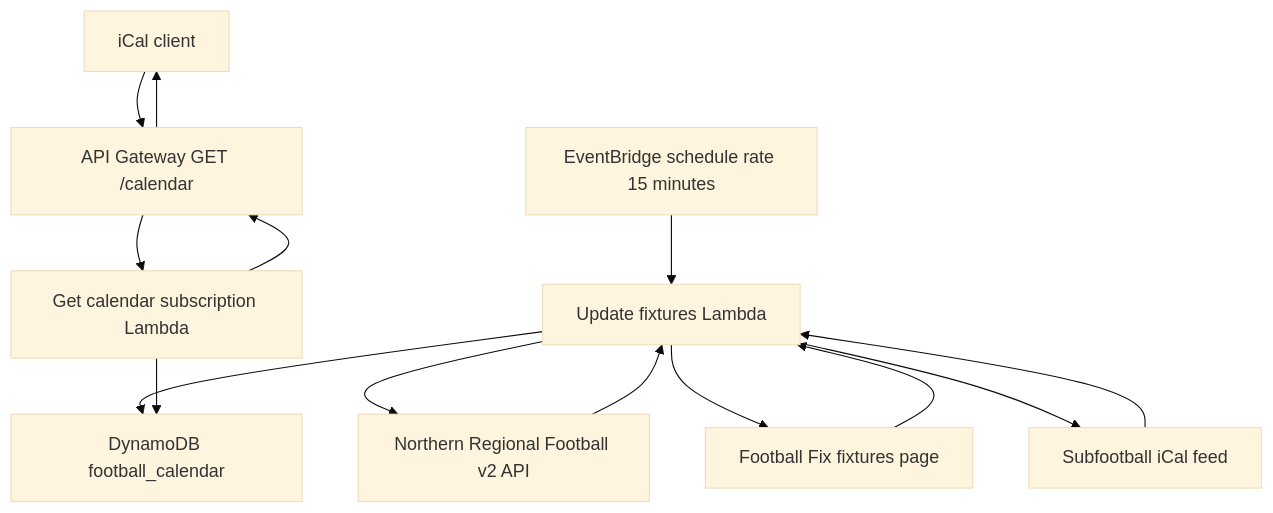
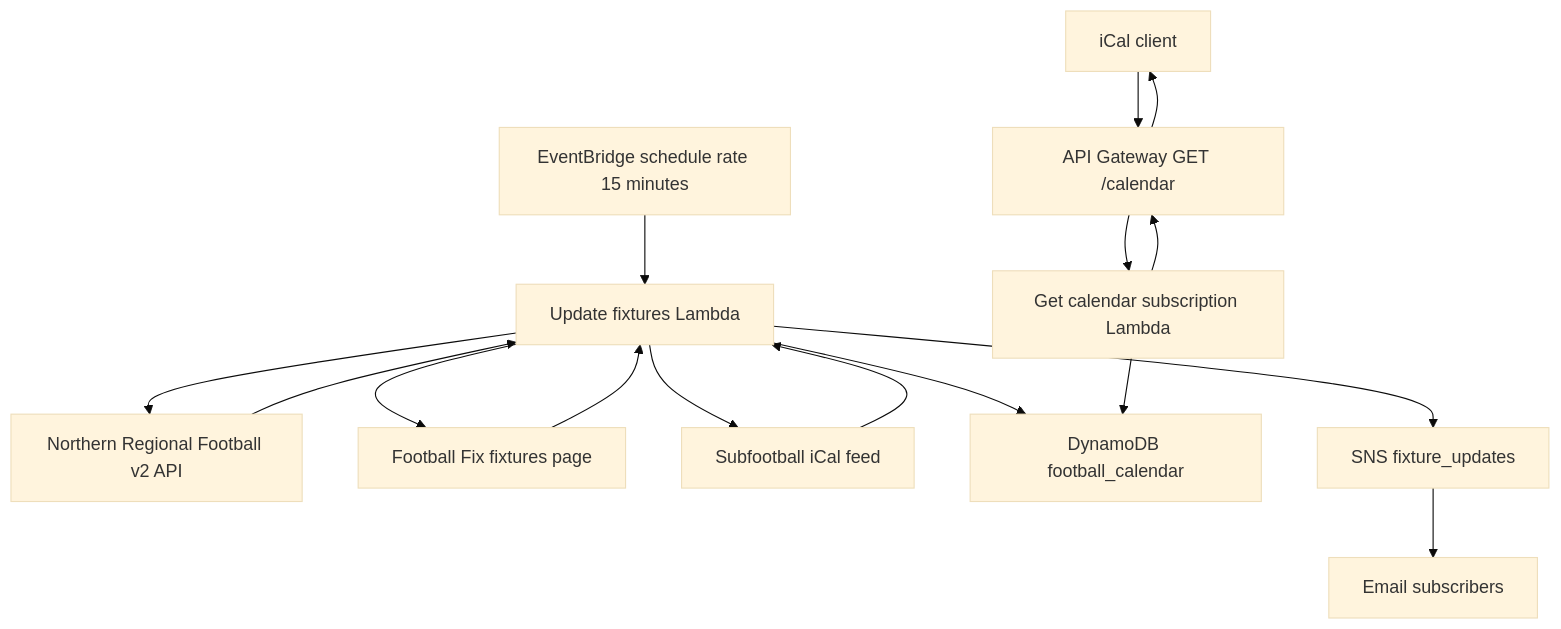
The first of 2 diagrams in football_calendar_api/README.md (jordansimsmith/jordansimsmith-com), drawn with Mermaid (base theme) before and after one commit. The commit also changed other lines of this file and 9 other files, not shown here.

First line of the commit message:
Add SNS notifications for upcoming football fixture changes

````diff
--- a/football_calendar_api/README.md
+++ b/football_calendar_api/README.md
@@ -38,16 +40,18 @@
 ```mermaid
 flowchart TD
   scheduler[EventBridge schedule rate 15 minutes] --> updateLambda[Update fixtures Lambda]
   updateLambda --> nrf[Northern Regional Football v2 API]
   updateLambda --> footballFix[Football Fix fixtures page]
   updateLambda --> subfootball[Subfootball iCal feed]
   nrf --> updateLambda
   footballFix --> updateLambda
   subfootball --> updateLambda
   updateLambda --> ddb[DynamoDB football_calendar]
+  updateLambda --> sns[SNS fixture_updates]
+  sns --> email[Email subscribers]
   client[iCal client] --> apiGateway[API Gateway GET /calendar]
   apiGateway --> getLambda[Get calendar subscription Lambda]
   getLambda --> ddb
   getLambda --> apiGateway
   apiGateway --> client
 ```
````
